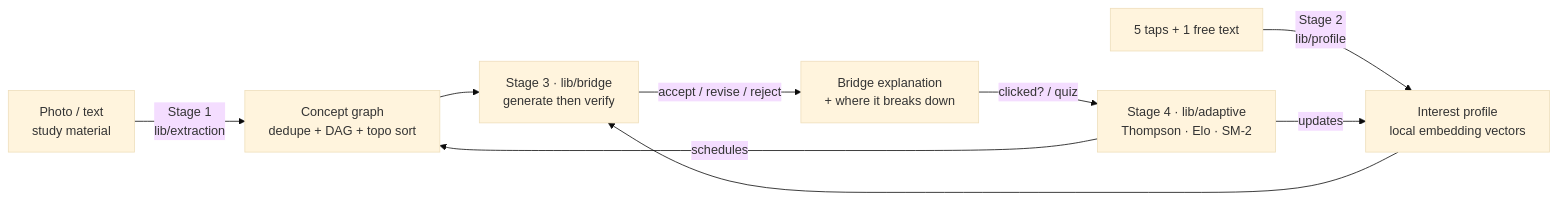
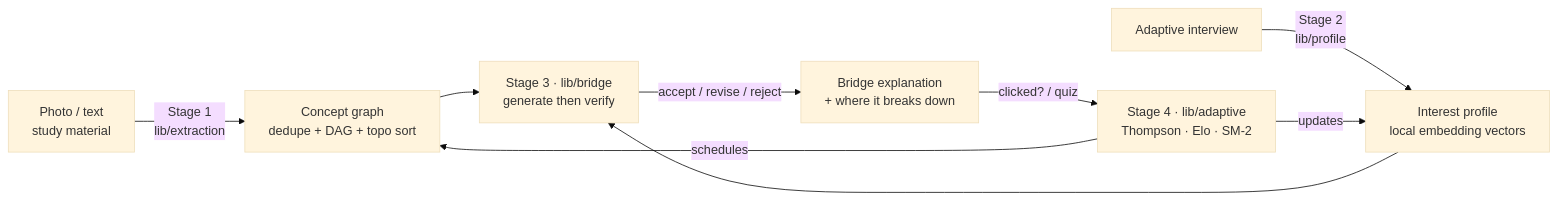
The diagram in README.md (legifx/bridge), drawn with Mermaid (base theme) before and after one commit. The commit also changed other lines of this file and 5 other files, not shown here.

````diff
--- a/README.md
+++ b/README.md
@@ -27,11 +48,11 @@
 ```mermaid
 flowchart LR
     A[Photo / text<br/>study material] -->|Stage 1<br/>lib/extraction| B[Concept graph<br/>dedupe + DAG + topo sort]
-    P[5 taps + 1 free text] -->|Stage 2<br/>lib/profile| Q[Interest profile<br/>local embedding vectors]
+    P[Adaptive interview] -->|Stage 2<br/>lib/profile| Q[Interest profile<br/>local embedding vectors]
     B --> C
     Q --> C
     C[Stage 3 · lib/bridge<br/>generate then verify] -->|accept / revise / reject| D[Bridge explanation<br/>+ where it breaks down]
     D -->|clicked? / quiz| E[Stage 4 · lib/adaptive<br/>Thompson · Elo · SM-2]
     E -->|updates| Q
     E -->|schedules| B
 ```
````
